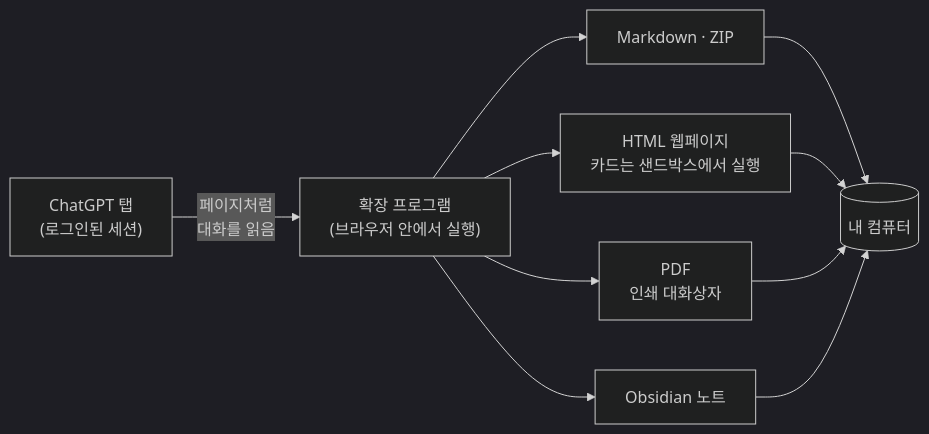
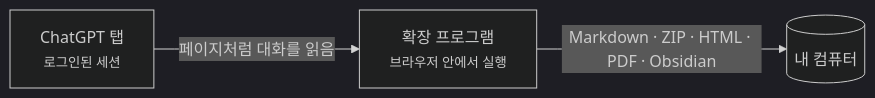
One commit to letheli710/chat-intelligent-ui-exporter changed the diagram in docs/readme/README.ko.md. Above: the diagram before and after it, drawn with Mermaid (dark theme). The commit also changed 15 other files, not shown here.

First line of the commit message:
0.11.41: the how-it-works diagram as one row, so GitHub shows it whole

````diff
--- a/docs/readme/README.ko.md
+++ b/docs/readme/README.ko.md
@@ -126,9 +126,5 @@
 ```mermaid
 flowchart LR
-    A["ChatGPT 탭<br/>(로그인된 세션)"] -->|페이지처럼<br/>대화를 읽음| B["확장 프로그램<br/>(브라우저 안에서 실행)"]
-    B --> C["Markdown · ZIP"]
-    B --> D["HTML 웹페이지<br/>카드는 샌드박스에서 실행"]
-    B --> E["PDF<br/>인쇄 대화상자"]
-    B --> F["Obsidian 노트"]
-    C & D & E & F --> G[("내 컴퓨터")]
+    A["ChatGPT 탭<br/><small>로그인된 세션</small>"] -->|페이지처럼 대화를 읽음| B["확장 프로그램<br/><small>브라우저 안에서 실행</small>"]
+    B -->|"Markdown · ZIP · HTML · PDF · Obsidian"| C[("내 컴퓨터")]
 ```
````
